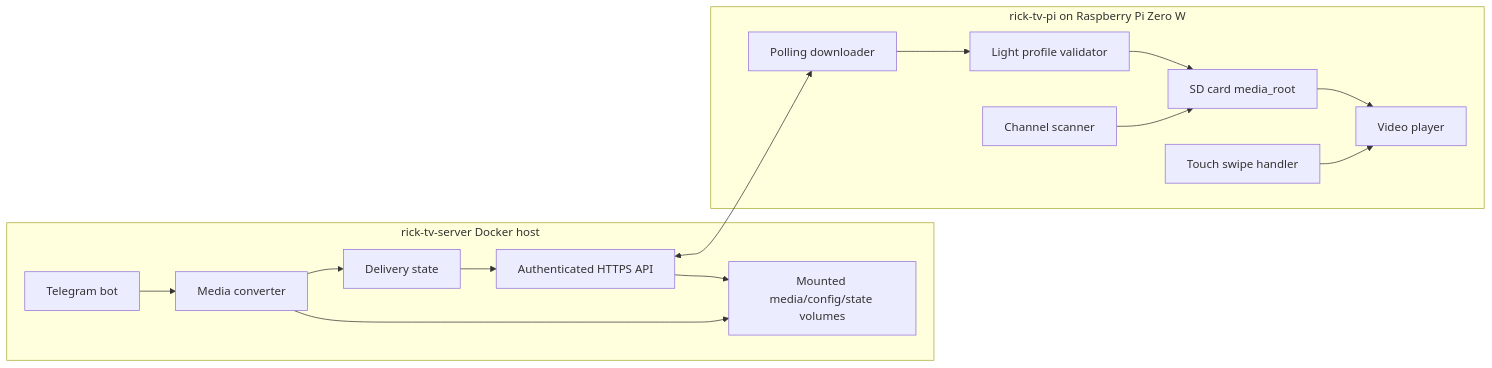
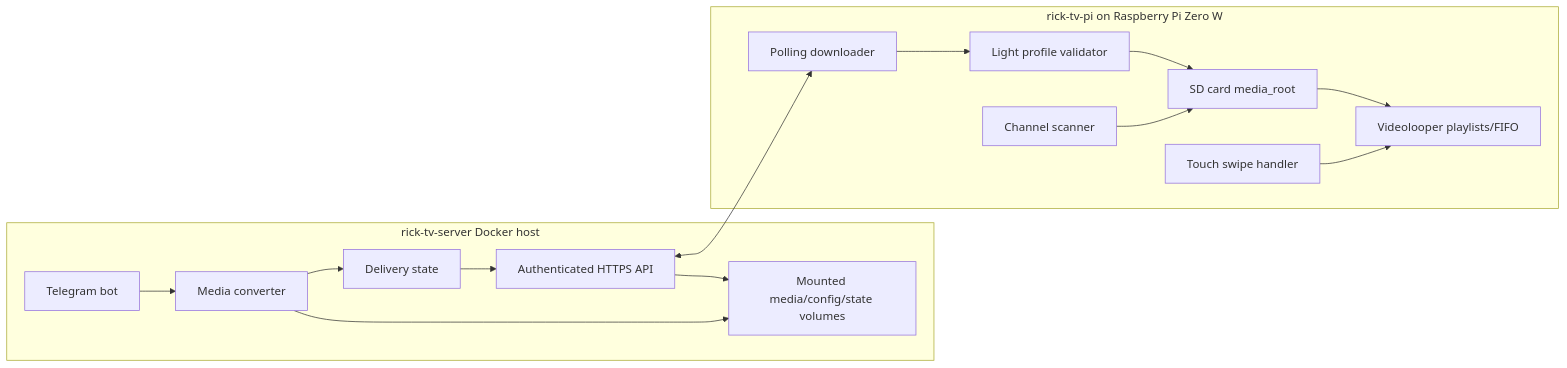
Before and after one commit to dmpanch/rick_tv: the second of 3 diagrams in docs/superpowers/specs/2026-05-18-rick-tv-design.md, drawn with Mermaid. The commit also changed other lines of this file and 3 other files, not shown here.

````diff
--- a/docs/superpowers/specs/2026-05-18-rick-tv-design.md
+++ b/docs/superpowers/specs/2026-05-18-rick-tv-design.md
@@ -166,30 +167,30 @@
 ```mermaid
 flowchart LR
     subgraph Server["rick-tv-server Docker host"]
         Bot["Telegram bot"]
         API["Authenticated HTTPS API"]
         Queue["Delivery state"]
         Converter["Media converter"]
         Volumes["Mounted media/config/state volumes"]
         Bot --> Converter
         Converter --> Queue
         Queue --> API
         API --> Volumes
         Converter --> Volumes
     end
 
     subgraph Pi["rick-tv-pi on Raspberry Pi Zero W"]
         Poller["Polling downloader"]
         Validator["Light profile validator"]
         Scanner["Channel scanner"]
-        Player["Video player"]
+        Player["Videolooper playlists/FIFO"]
         Touch["Touch swipe handler"]
         MediaRoot["SD card media_root"]
         Poller --> Validator --> MediaRoot
         Scanner --> MediaRoot
         MediaRoot --> Player
         Touch --> Player
     end
 
     API <--> Poller
 ```
````
